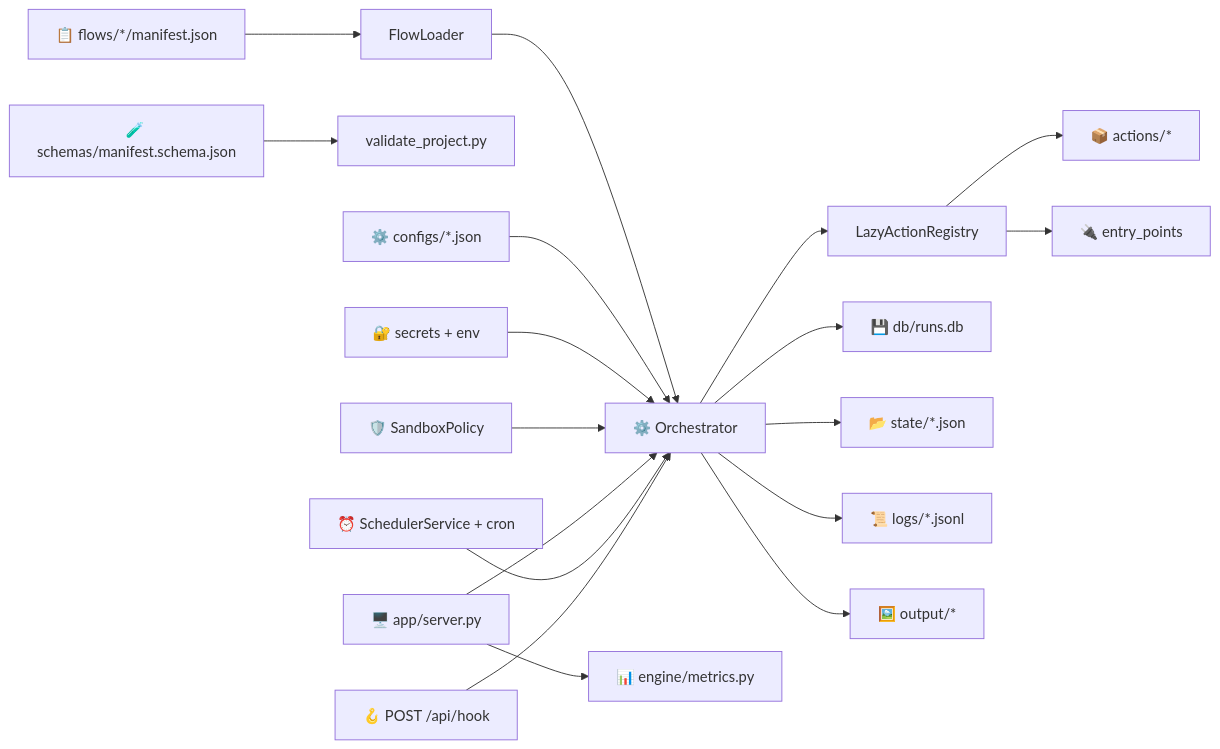
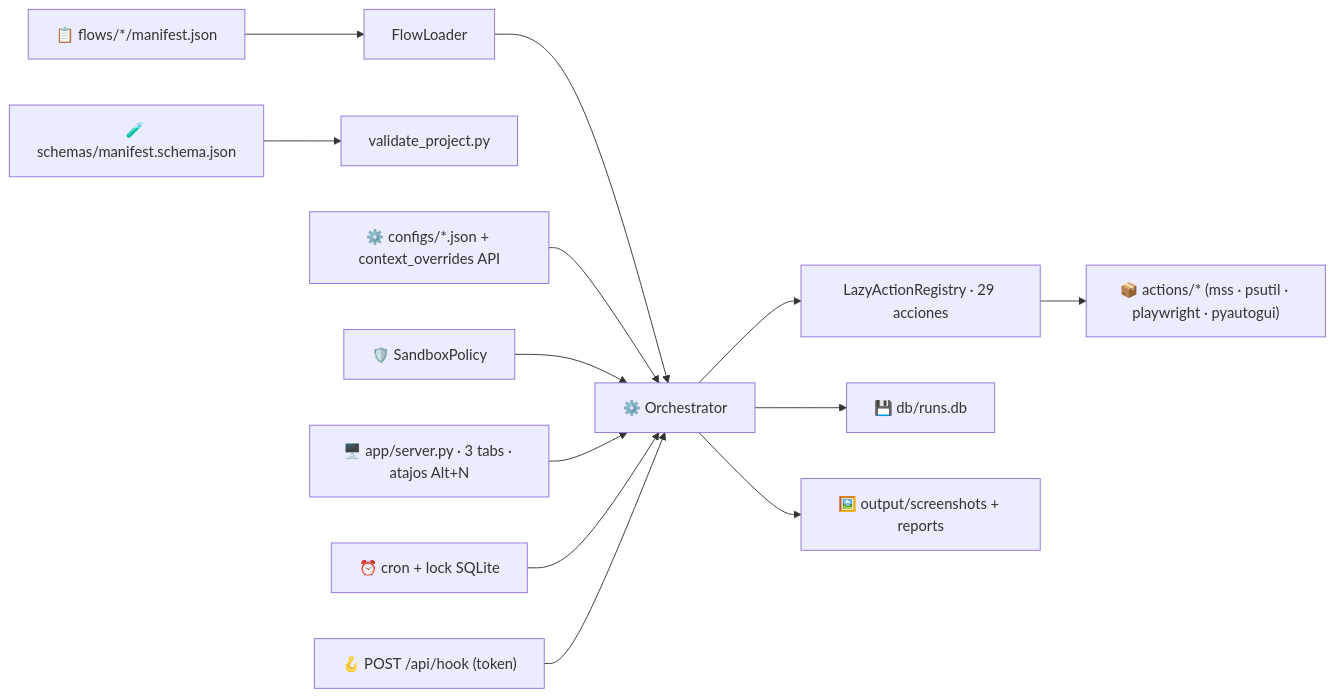
One commit to vladimiracunadev-create/flujo-autonomo-repo changed the diagram in README.md. Above: the diagram before and after it, drawn with Mermaid. The commit also changed other lines of this file, not shown here.

````diff
--- a/README.md
+++ b/README.md
@@ -133,20 +128,15 @@
 ```mermaid
 flowchart LR
     Flow["📋 flows/*/manifest.json"] --> Loader["FlowLoader"]
     Loader --> Orchestrator["⚙️ Orchestrator"]
     Schema["🧪 schemas/manifest.schema.json"] --> Validator["validate_project.py"]
-    Config["⚙️ configs/*.json"] --> Orchestrator
-    Secrets["🔐 secrets + env"] --> Orchestrator
+    Config["⚙️ configs/*.json + context_overrides API"] --> Orchestrator
     Sandbox["🛡️ SandboxPolicy"] --> Orchestrator
-    Orchestrator --> Registry["LazyActionRegistry"]
-    Registry --> Builtin["📦 actions/*"]
-    Registry --> External["🔌 entry_points"]
+    Orchestrator --> Registry["LazyActionRegistry · 29 acciones"]
+    Registry --> Builtin["📦 actions/* (mss · psutil · playwright · pyautogui)"]
     Orchestrator --> DB["💾 db/runs.db"]
-    Orchestrator --> State["📂 state/*.json"]
-    Orchestrator --> Logs["📜 logs/*.jsonl"]
-    Orchestrator --> Output["🖼️ output/*"]
-    Panel["🖥️ app/server.py"] --> Orchestrator
-    Panel --> Metrics["📊 engine/metrics.py"]
-    Scheduler["⏰ SchedulerService + cron"] --> Orchestrator
-    Webhook["🪝 POST /api/hook"] --> Orchestrator
+    Orchestrator --> Output["🖼️ output/screenshots + reports"]
+    Panel["🖥️ app/server.py · 3 tabs · atajos Alt+N"] --> Orchestrator
+    Scheduler["⏰ cron + lock SQLite"] --> Orchestrator
+    Webhook["🪝 POST /api/hook (token)"] --> Orchestrator
 ```
````
